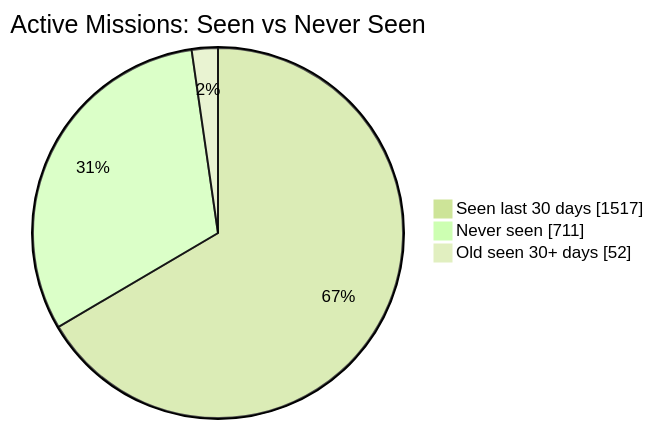
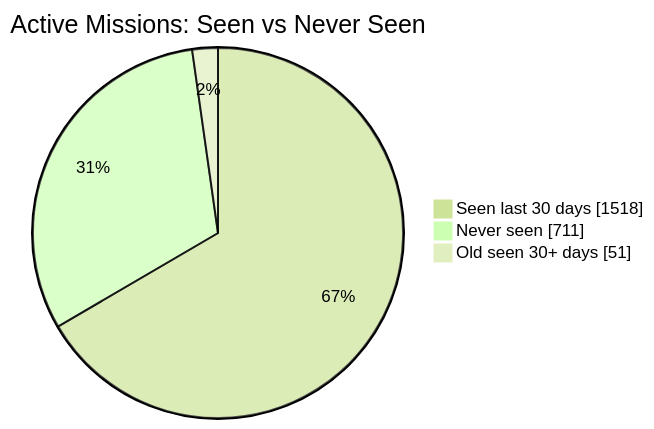
Before and after one commit to MeldkamerspelGameTeam/active-missions: the first of 2 diagrams in README.md, drawn with Mermaid (forest theme). The commit also changed other lines of this file and 3 other files, not shown here.

````diff
--- a/README.md
+++ b/README.md
@@ -34,7 +34,7 @@
 ```mermaid
 pie showData
     title Active Missions: Seen vs Never Seen
-    "Seen last 30 days" : 1517
+    "Seen last 30 days" : 1518
     "Never seen" : 711
-    "Old seen 30+ days" : 52
+    "Old seen 30+ days" : 51
 ```
````
